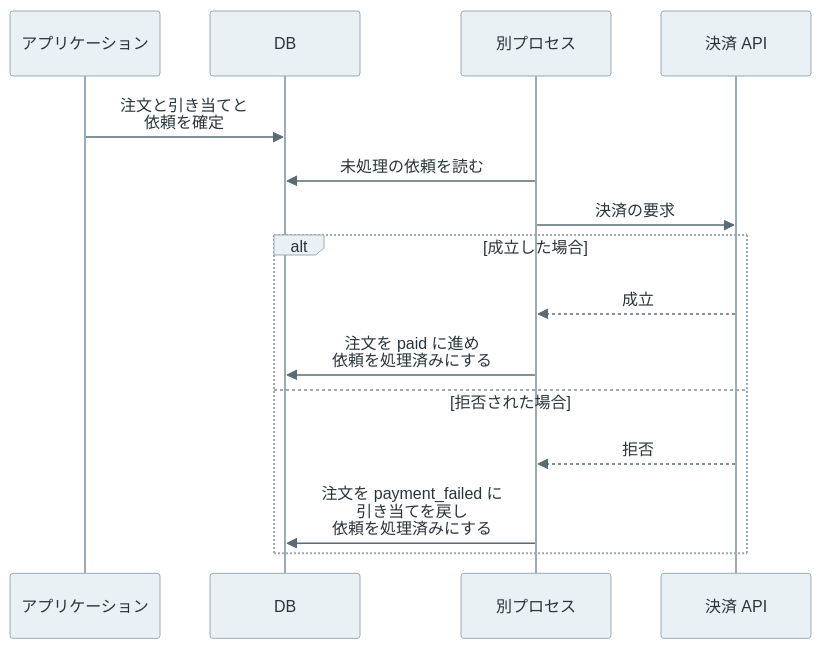
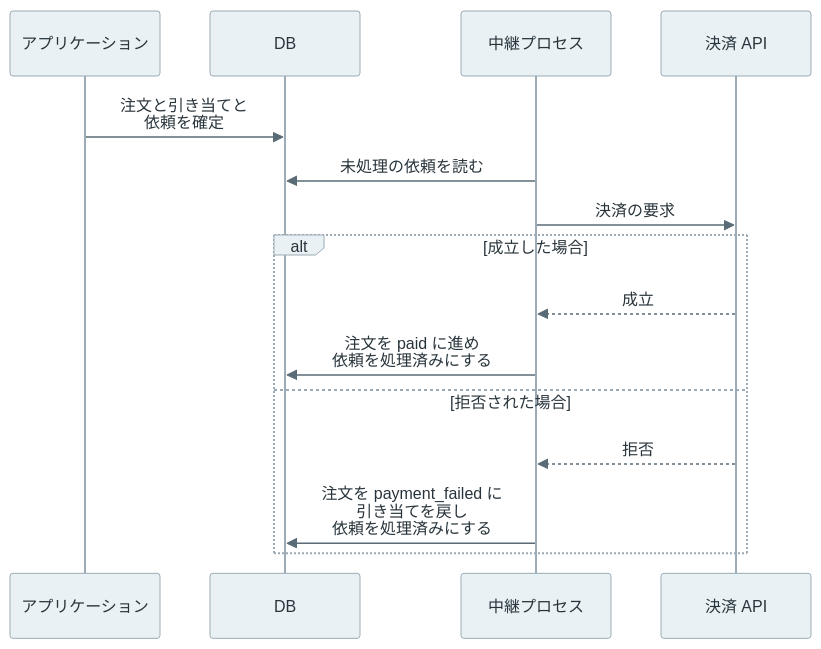
Before and after one commit to nao1215/debimate: the fourth of 4 diagrams in content/notes/database-systems/transaction-scope/index.md, drawn with Mermaid. The commit also changed other lines of this file and 56 other files, not shown here.

````diff
--- a/content/notes/database-systems/transaction-scope/index.md
+++ b/content/notes/database-systems/transaction-scope/index.md
@@ -111,18 +136,18 @@
 ```mermaid
 %%{init: {"theme":"base","themeVariables":{"primaryColor":"#eaf1f5","primaryTextColor":"#28343b","primaryBorderColor":"#9cabb5","lineColor":"#596b76","textColor":"#28343b","actorBkg":"#eaf1f5","actorBorder":"#9cabb5","actorTextColor":"#28343b","actorLineColor":"#9cabb5","signalColor":"#596b76","signalTextColor":"#28343b","noteBkgColor":"#f7f1e5","noteBorderColor":"#c5b99b","noteTextColor":"#403c32","activationBkgColor":"#edf3ef","activationBorderColor":"#9aafa1"}}}%%
 sequenceDiagram
     participant App as アプリケーション
     participant DB as DB
-    participant Rel as 別プロセス
+    participant Rel as 中継プロセス
     participant Pay as 決済 API
     App->>DB: 注文と引き当てと<br/>依頼を確定
     Rel->>DB: 未処理の依頼を読む
     Rel->>Pay: 決済の要求
     alt 成立した場合
         Pay-->>Rel: 成立
         Rel->>DB: 注文を paid に進め<br/>依頼を処理済みにする
     else 拒否された場合
         Pay-->>Rel: 拒否
         Rel->>DB: 注文を payment_failed に<br/>引き当てを戻し<br/>依頼を処理済みにする
     end
 ```
````
